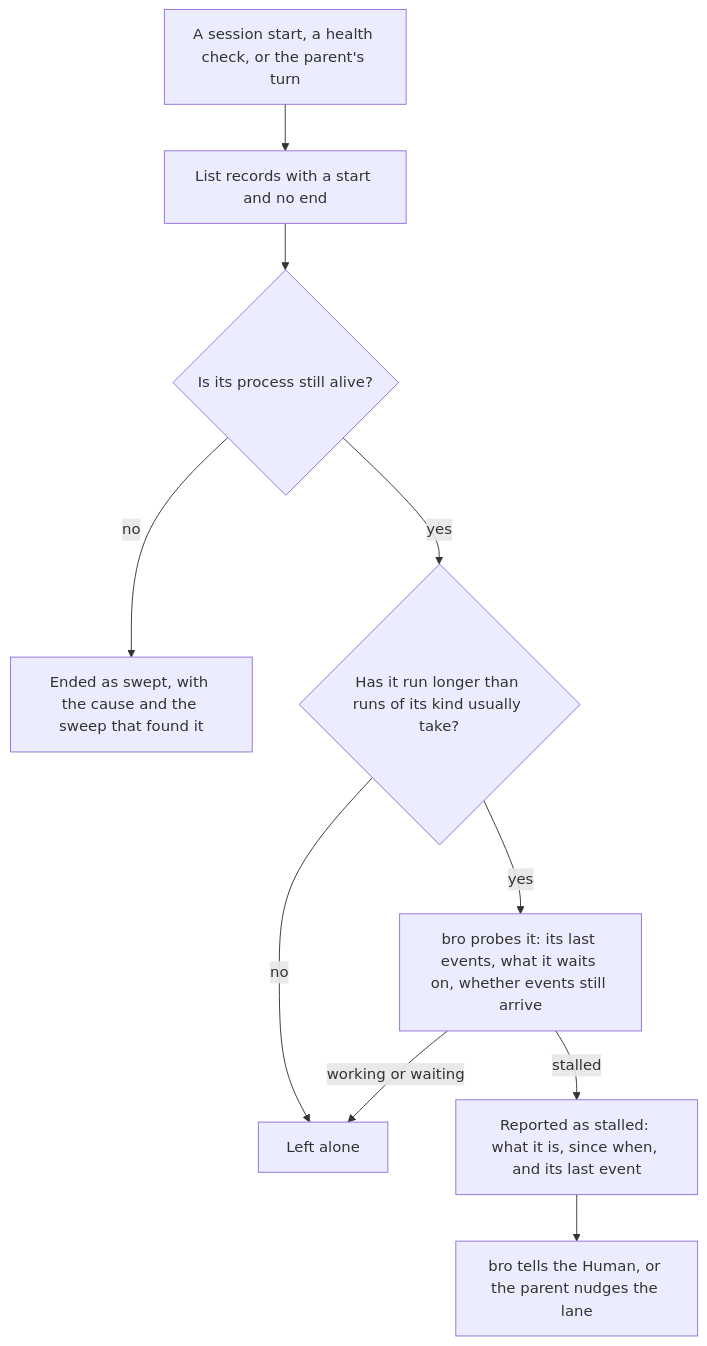
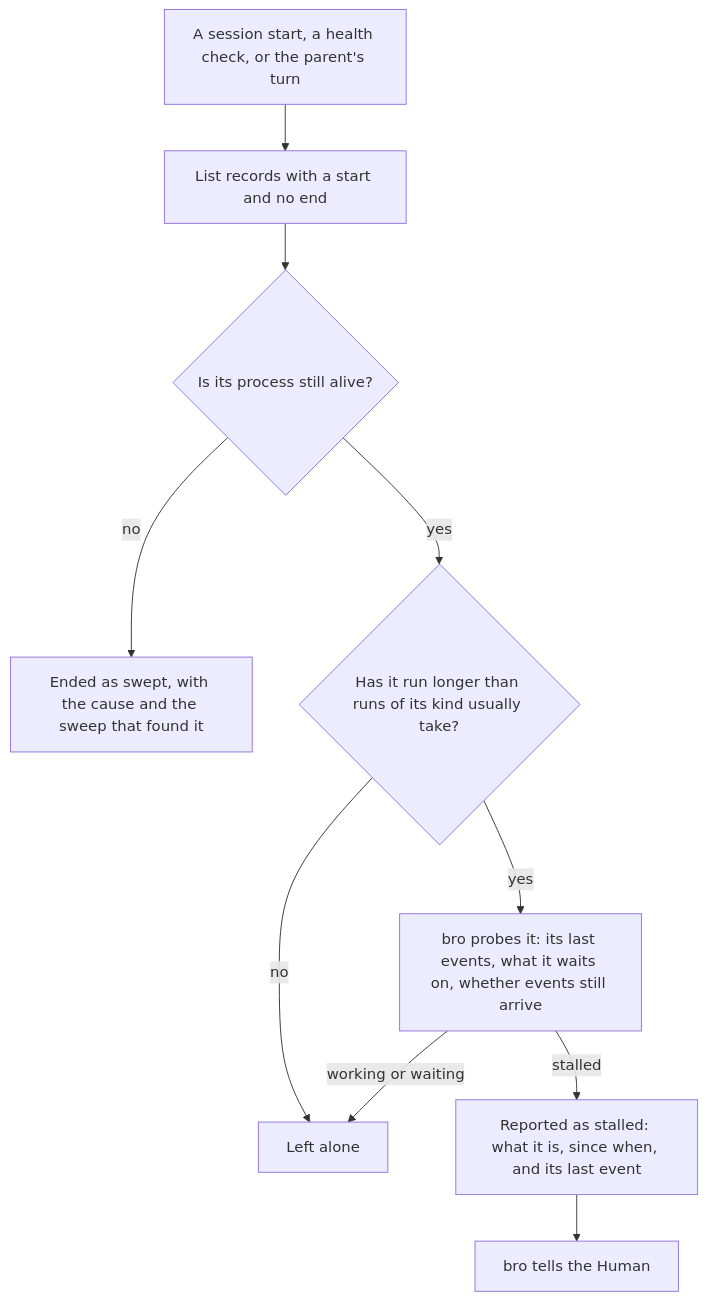
One commit to trustmybot/plugin changed the sixth of 6 diagrams in docs/architecture/TRAJECTORY.md. Above: the diagram before and after it, drawn with Mermaid. The commit also changed other lines of this file and 5 other files, not shown here.

First line of the commit message:
📝 docs(architecture): lanes are a record, not a mechanism (GH 3024)

````diff
--- a/docs/architecture/TRAJECTORY.md
+++ b/docs/architecture/TRAJECTORY.md
@@ -102,12 +102,12 @@
 ```mermaid
 flowchart TD
     A[A session start, a health check, or the parent's turn] --> B[List records with a start and no end]
     B --> E{Is its process still alive?}
     E -- no --> G[Ended as swept, with the cause and the sweep that found it]
     E -- yes --> C{Has it run longer than runs of its kind usually take?}
     C -- no --> D[Left alone]
     C -- yes --> P[bro probes it: its last events, what it waits on, whether events still arrive]
     P -- working or waiting --> D
     P -- stalled --> F[Reported as stalled: what it is, since when, and its last event]
-    F --> H[bro tells the Human, or the parent nudges the lane]
+    F --> H[bro tells the Human]
 ```
````
